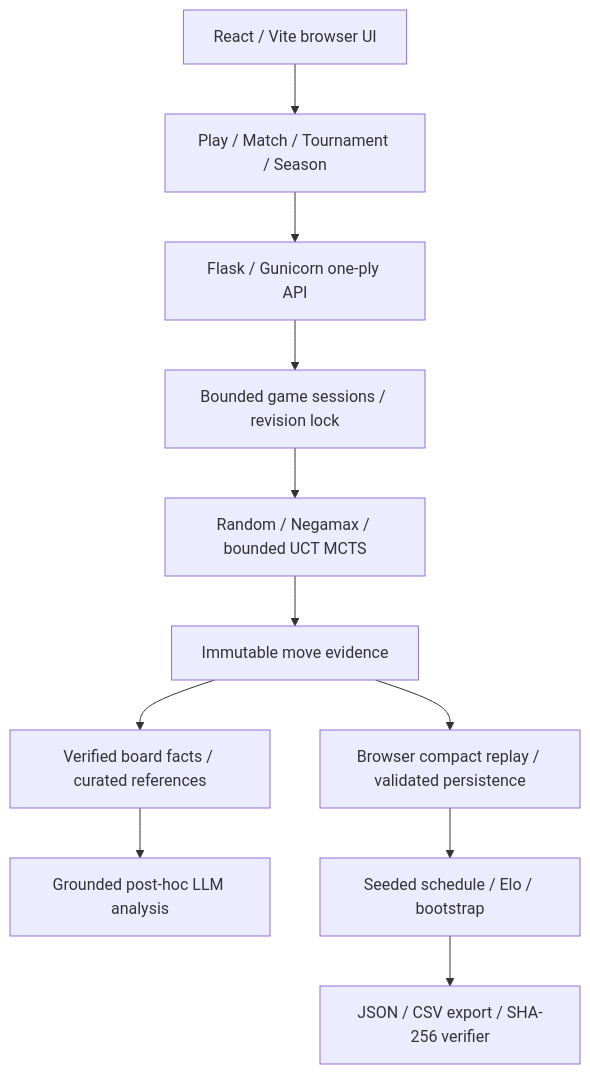
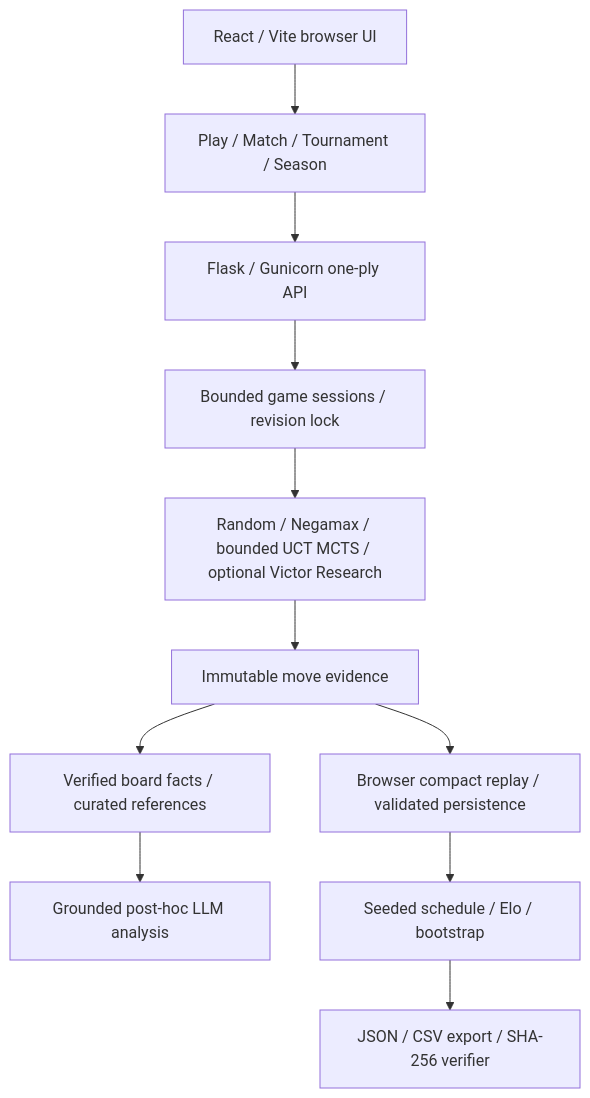
The diagram in README.md (andrewcukierwar/board-game-ai-lab), drawn with Mermaid before and after one commit. The commit also changed other lines of this file and 32 other files, not shown here.

Commit message:
feat(ui): integrate Victor Research across competition labs

````diff
--- a/README.md
+++ b/README.md
@@ -63,13 +63,13 @@
 ```mermaid
 flowchart TD
     UI[React / Vite browser UI] --> Labs[Play / Match / Tournament / Season]
     Labs --> API[Flask / Gunicorn one-ply API]
     API --> Session[Bounded game sessions / revision lock]
-    Session --> Agents[Random / Negamax / bounded UCT MCTS]
+    Session --> Agents[Random / Negamax / bounded UCT MCTS / optional Victor Research]
     Agents --> Evidence[Immutable move evidence]
     Evidence --> Replay[Browser compact replay / validated persistence]
     Evidence --> Grounding[Verified board facts / curated references]
     Grounding --> LLM[Grounded post-hoc LLM analysis]
     Replay --> Evaluation[Seeded schedule / Elo / bootstrap]
     Evaluation --> Export[JSON / CSV export / SHA-256 verifier]
 ```
````
